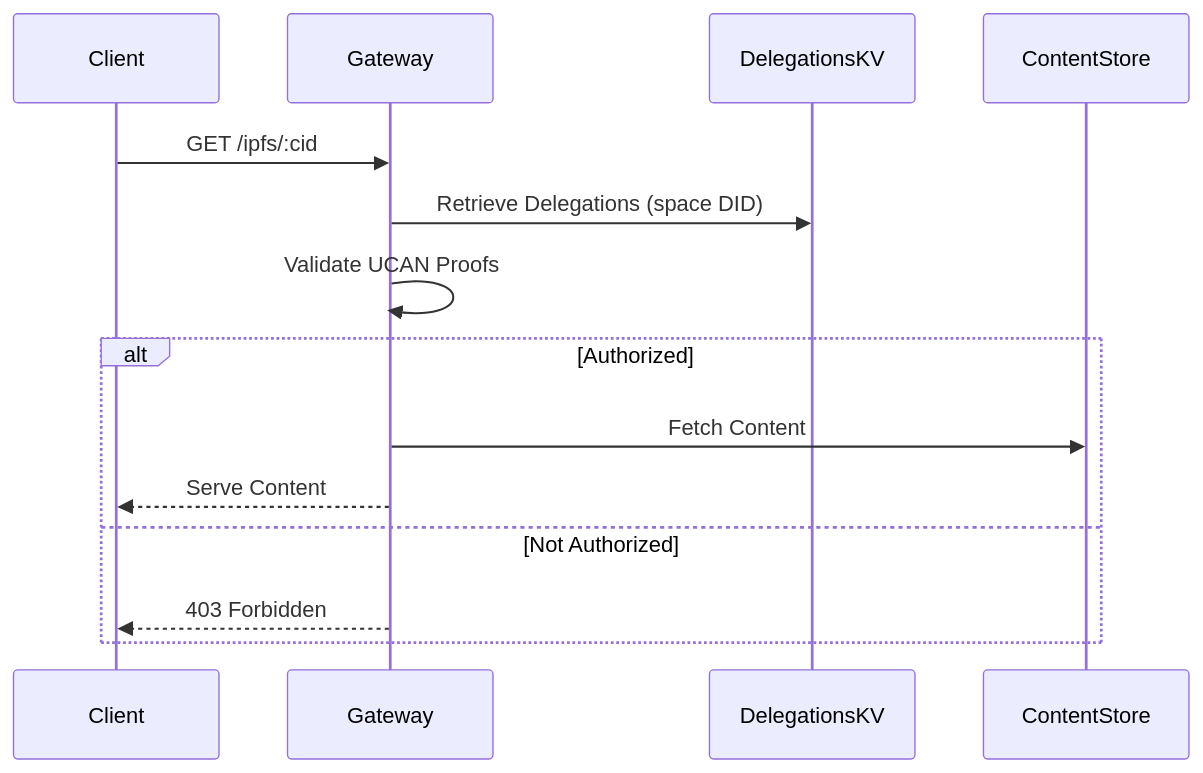
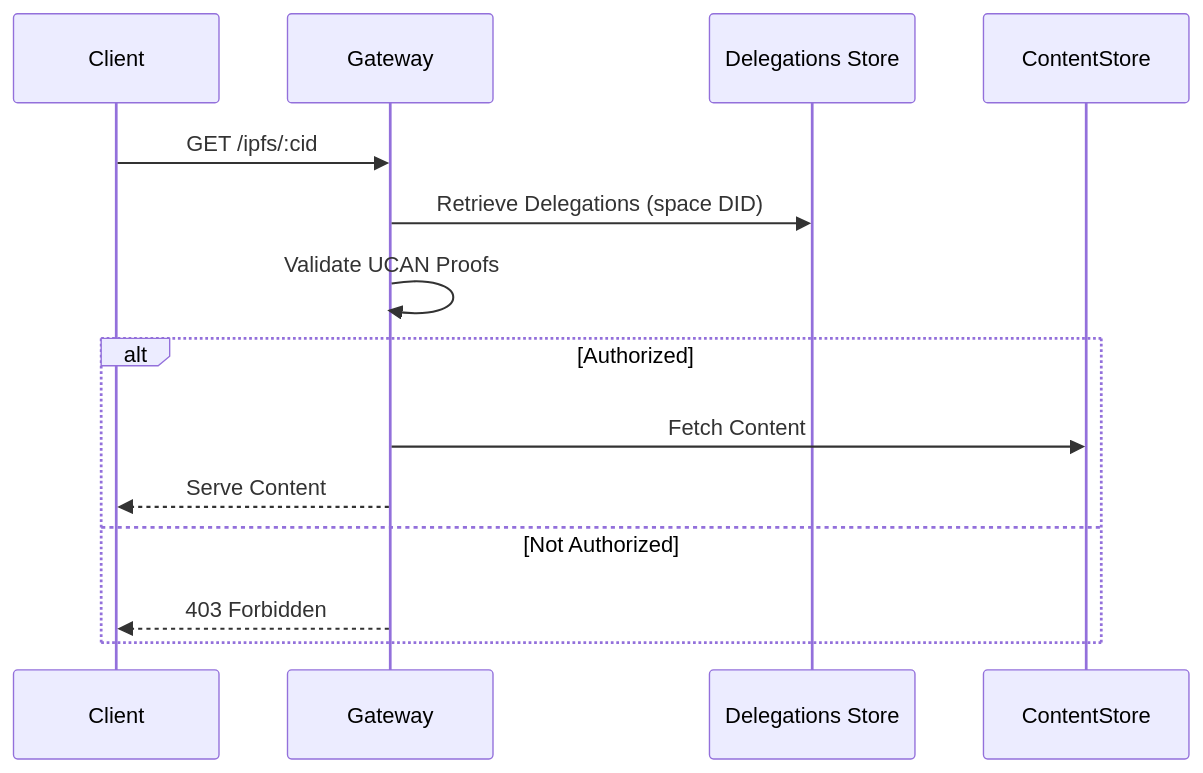
One commit to storacha/specs changed the second of 2 diagrams in content-serve-auth.md. Above: the diagram before and after it, drawn with Mermaid. The commit also changed other lines of this file, not shown here.

````diff
--- a/content-serve-auth.md
+++ b/content-serve-auth.md
@@ -69,17 +115,17 @@
 ```mermaid
 sequenceDiagram
     participant Client
     participant Gateway
-    participant DelegationsKV
+    participant Delegations Store
     participant ContentStore
 
     Client->>Gateway: GET /ipfs/:cid
-    Gateway->>DelegationsKV: Retrieve Delegations (space DID)
+    Gateway->>Delegations Store: Retrieve Delegations (space DID)
     Gateway->>Gateway: Validate UCAN Proofs
     alt Authorized
         Gateway->>ContentStore: Fetch Content
         Gateway-->>Client: Serve Content
     else Not Authorized
         Gateway-->>Client: 403 Forbidden
     end
 ```
````
